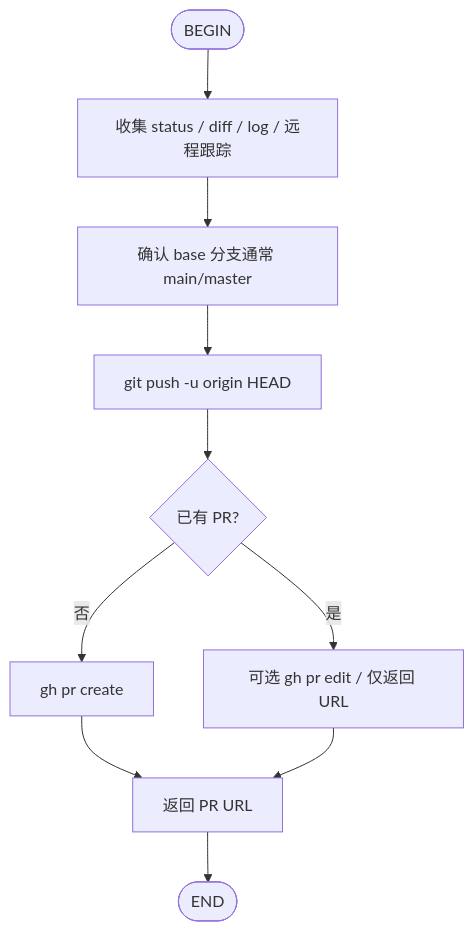
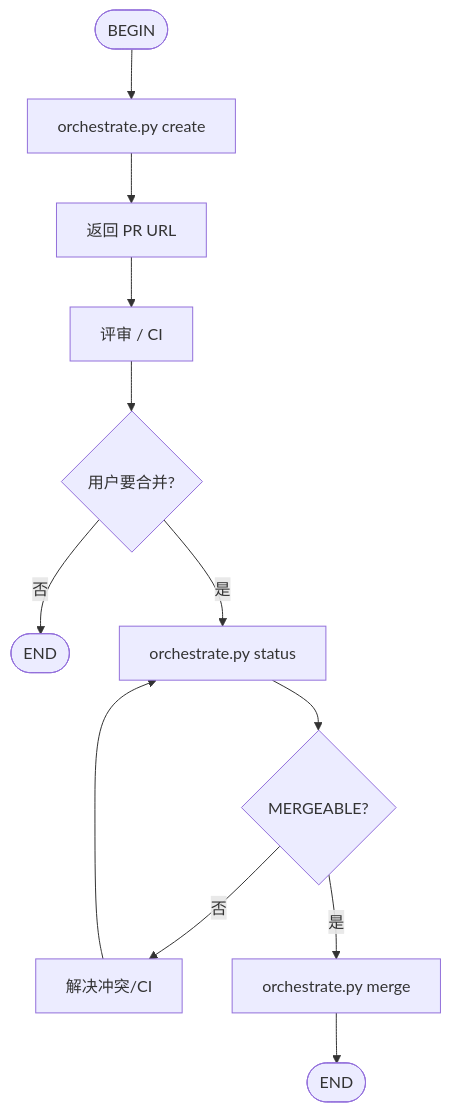
One commit to qdriven/devops-skill changed the diagram in git-pr/SKILL.md. Above: the diagram before and after it, drawn with Mermaid. The commit also changed other lines of this file and 1 other file, not shown here.

First line of the commit message:
Add git-pr orchestrate.py for create, status, and merge.

````diff
--- a/git-pr/SKILL.md
+++ b/git-pr/SKILL.md
@@ -49,12 +113,14 @@
 ```mermaid
 flowchart TD
-    BEGIN([BEGIN]) --> STATUS[收集 status / diff / log / 远程跟踪]
-    STATUS --> BASE[确认 base 分支通常 main/master]
-    BASE --> PUSH[git push -u origin HEAD]
-    PUSH --> EXIST{已有 PR?}
-    EXIST -->|是| UPDATE[可选 gh pr edit / 仅返回 URL]
-    EXIST -->|否| CREATE[gh pr create]
+    BEGIN([BEGIN]) --> CREATE[orchestrate.py create]
     CREATE --> URL[返回 PR URL]
-    UPDATE --> URL
-    URL --> END([END])
+    URL --> WAIT[评审 / CI]
+    WAIT --> ASK{用户要合并?}
+    ASK -->|否| END1([END])
+    ASK -->|是| ST[orchestrate.py status]
+    ST --> OK{MERGEABLE?}
+    OK -->|否| FIX[解决冲突/CI]
+    FIX --> ST
+    OK -->|是| MG[orchestrate.py merge]
+    MG --> END2([END])
 ```
````
